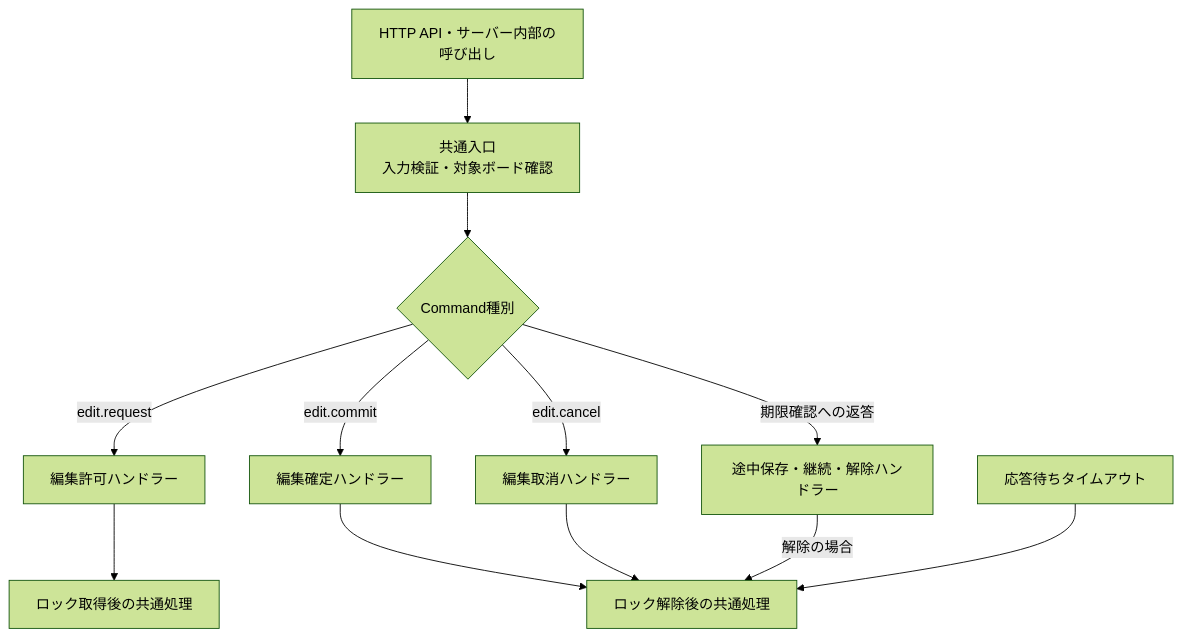
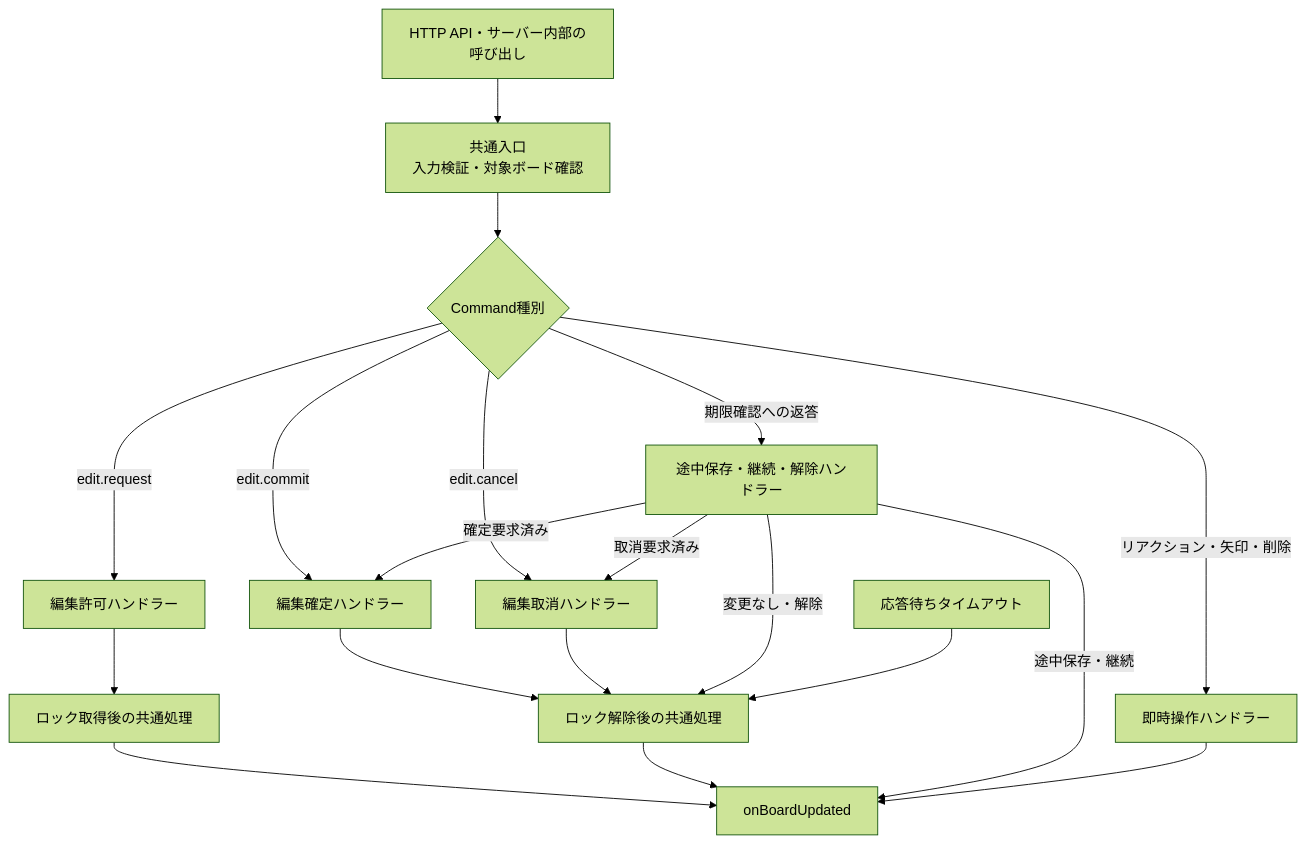
Before and after one commit to jphacks/ng_2617: the second of 3 diagrams in docs/edit-lifecycle-plan.md, drawn with Mermaid (forest theme). The commit also changed other lines of this file and 5 other files, not shown here.

````diff
--- a/docs/edit-lifecycle-plan.md
+++ b/docs/edit-lifecycle-plan.md
@@ -93,14 +122,21 @@
 ```mermaid
 flowchart TD
     A["HTTP API・サーバー内部の呼び出し"] --> B["共通入口<br/>入力検証・対象ボード確認"]
     B --> C{"Command種別"}
     C -->|"edit.request"| D["編集許可ハンドラー"]
     C -->|"edit.commit"| E["編集確定ハンドラー"]
     C -->|"edit.cancel"| F["編集取消ハンドラー"]
     C -->|"期限確認への返答"| G["途中保存・継続・解除ハンドラー"]
     D --> H["ロック取得後の共通処理"]
     E --> I["ロック解除後の共通処理"]
     F --> I
-    G -->|"解除の場合"| I
+    G -->|"確定要求済み"| E
+    G -->|"取消要求済み"| F
+    G -->|"変更なし・解除"| I
     J["応答待ちタイムアウト"] --> I
+    C -->|"リアクション・矢印・削除"| K["即時操作ハンドラー"]
+    H --> L["onBoardUpdated"]
+    I --> L
+    G -->|"途中保存・継続"| L
+    K --> L
 ```
````
